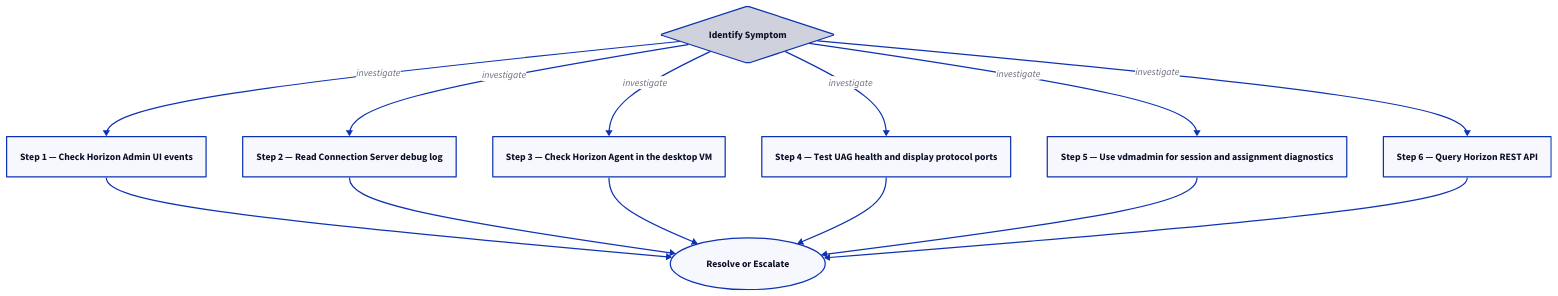
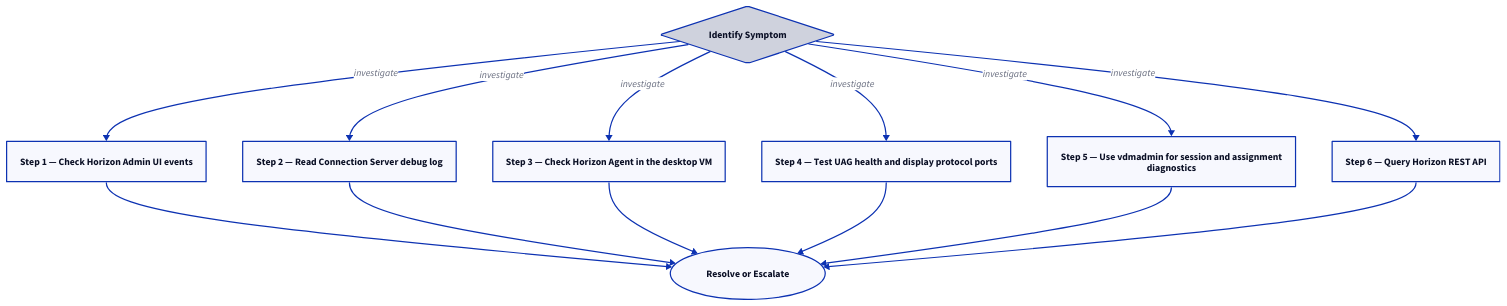
Before and after one commit to canast01/chris-kb: the second of 2 diagrams in docs/virtualization/vmware/horizon/troubleshooting/diagnostics.md, drawn with D2. The commit also changed 192 other files, not shown here.

````diff
--- a/docs/virtualization/vmware/horizon/troubleshooting/diagnostics.md
+++ b/docs/virtualization/vmware/horizon/troubleshooting/diagnostics.md
@@ -64,25 +64,25 @@
 ```d2
 direction: down
 
 symptom: Identify Symptom {shape: diamond}
 step_1_check_horizon_admin_ui_events: "Step 1 — Check Horizon Admin UI events" {shape: rectangle}
 step_2_read_connection_server_debug_: "Step 2 — Read Connection Server debug log" {shape: rectangle}
 step_3_check_horizon_agent_in_the_de: "Step 3 — Check Horizon Agent in the desktop VM" {shape: rectangle}
 step_4_test_uag_health_and_display_p: "Step 4 — Test UAG health and display protocol ports" {shape: rectangle}
-step_5_use_vdmadmin_for_session_and_: "Step 5 — Use vdmadmin for session and assignment diagnostics" {shape: rectangle}
+step_5_use_vdmadmin_for_session_and_: "Step 5 — Use vdmadmin for session and assignment\ndiagnostics" {shape: rectangle}
 step_6_query_horizon_rest_api: "Step 6 — Query Horizon REST API" {shape: rectangle}
 resolution: Resolve or Escalate {shape: oval}
 
 symptom -> step_1_check_horizon_admin_ui_events: investigate
 symptom -> step_2_read_connection_server_debug_: investigate
 symptom -> step_3_check_horizon_agent_in_the_de: investigate
 symptom -> step_4_test_uag_health_and_display_p: investigate
 symptom -> step_5_use_vdmadmin_for_session_and_: investigate
 symptom -> step_6_query_horizon_rest_api: investigate
 step_1_check_horizon_admin_ui_events -> resolution
 step_2_read_connection_server_debug_ -> resolution
 step_3_check_horizon_agent_in_the_de -> resolution
 step_4_test_uag_health_and_display_p -> resolution
 step_5_use_vdmadmin_for_session_and_ -> resolution
 step_6_query_horizon_rest_api -> resolution
 ```
````
